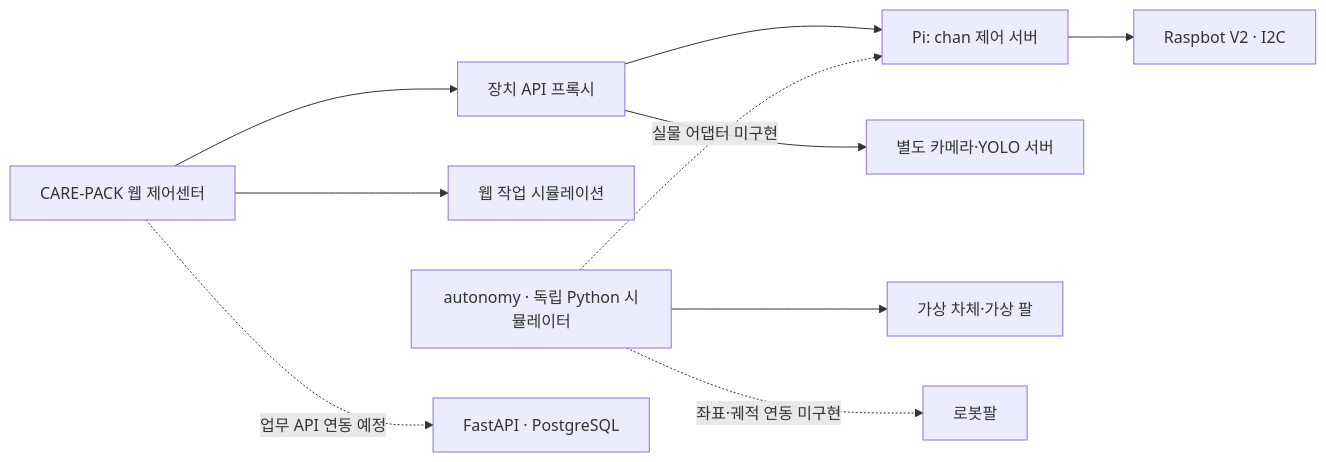
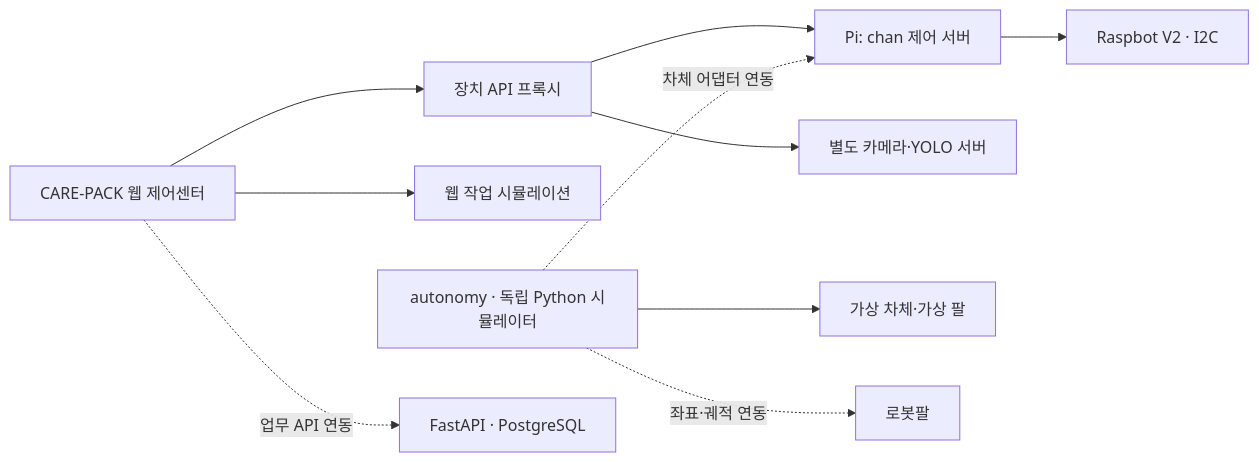
The first of 2 diagrams in README.md (chaneepo/2026ESWContest_free_HomeProtector), drawn with Mermaid before and after one commit. The commit also changed other lines of this file and 26 other files, not shown here.

````diff
--- a/README.md
+++ b/README.md
@@ -85,12 +82,12 @@
 ```mermaid
 flowchart LR
     UI["CARE-PACK 웹 제어센터"] --> PROXY["장치 API 프록시"]
     PROXY --> CHAN["Pi: chan 제어 서버"]
     CHAN --> I2C["Raspbot V2 · I2C"]
     PROXY --> VISION["별도 카메라·YOLO 서버"]
     UI --> MOCK["웹 작업 시뮬레이션"]
     SIM["autonomy · 독립 Python 시뮬레이터"] --> VIRTUAL["가상 차체·가상 팔"]
-    SIM -. "실물 어댑터 미구현" .-> CHAN
-    SIM -. "좌표·궤적 연동 미구현" .-> ARM["로봇팔"]
-    UI -. "업무 API 연동 예정" .-> DB["FastAPI · PostgreSQL"]
+    SIM -. "차체 어댑터 연동" .-> CHAN
+    SIM -. "좌표·궤적 연동" .-> ARM["로봇팔"]
+    UI -. "업무 API 연동" .-> DB["FastAPI · PostgreSQL"]
 ```
````
